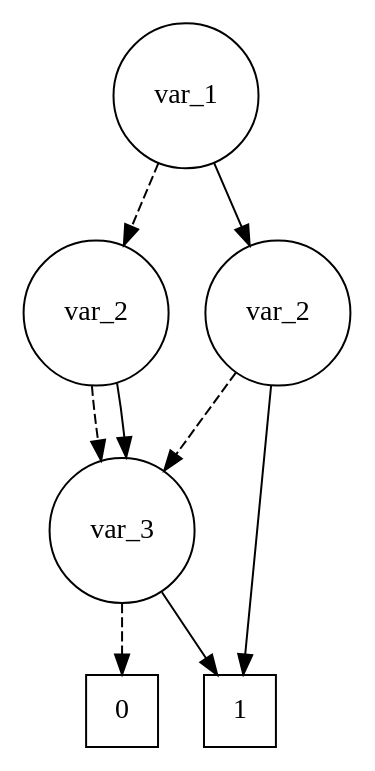
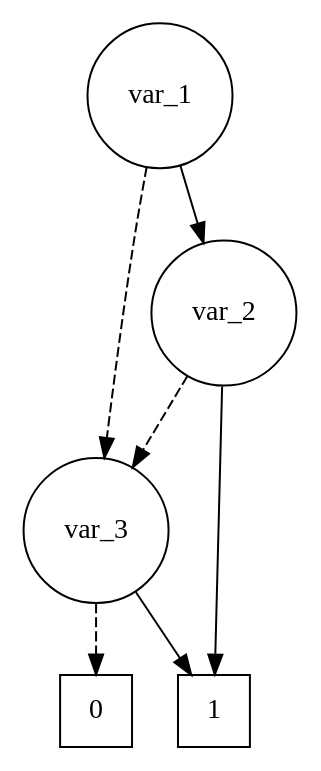
One commit to Alan-Jowett/bdd_test changed the diagram in test_expressions/reordered/underscore_vars_bdd.dot. Above: the diagram before and after it, drawn with Graphviz. The commit also changed 28 other files, not shown here.

```diff
--- a/test_expressions/reordered/underscore_vars_bdd.dot
+++ b/test_expressions/reordered/underscore_vars_bdd.dot
@@ -1,21 +1,18 @@
 digraph DD {
 
-    node [shape = square] node3 node4;
+    node [shape = square] node2 node3;
     node [shape = circle];
 
     node0 [label = "var_1", tooltip = "0"];
-    node1 [label = "var_2", tooltip = "1"];
-    node2 [label = "var_3", tooltip = "2"];
-    node3 [label = "0", tooltip = "0"];
-    node4 [label = "1", tooltip = "1"];
-    node5 [label = "var_2", tooltip = "1"];
+    node1 [label = "var_3", tooltip = "2"];
+    node2 [label = "0", tooltip = "0"];
+    node3 [label = "1", tooltip = "1"];
+    node4 [label = "var_2", tooltip = "1"];
 
     node0 -> node1 [style = dashed];
     node1 -> node2 [style = dashed];
-    node2 -> node3 [style = dashed];
-    node2 -> node4 [style = solid];
-    node1 -> node2 [style = solid];
-    node0 -> node5 [style = solid];
-    node5 -> node2 [style = dashed];
-    node5 -> node4 [style = solid];
+    node1 -> node3 [style = solid];
+    node0 -> node4 [style = solid];
+    node4 -> node1 [style = dashed];
+    node4 -> node3 [style = solid];
 }
```
